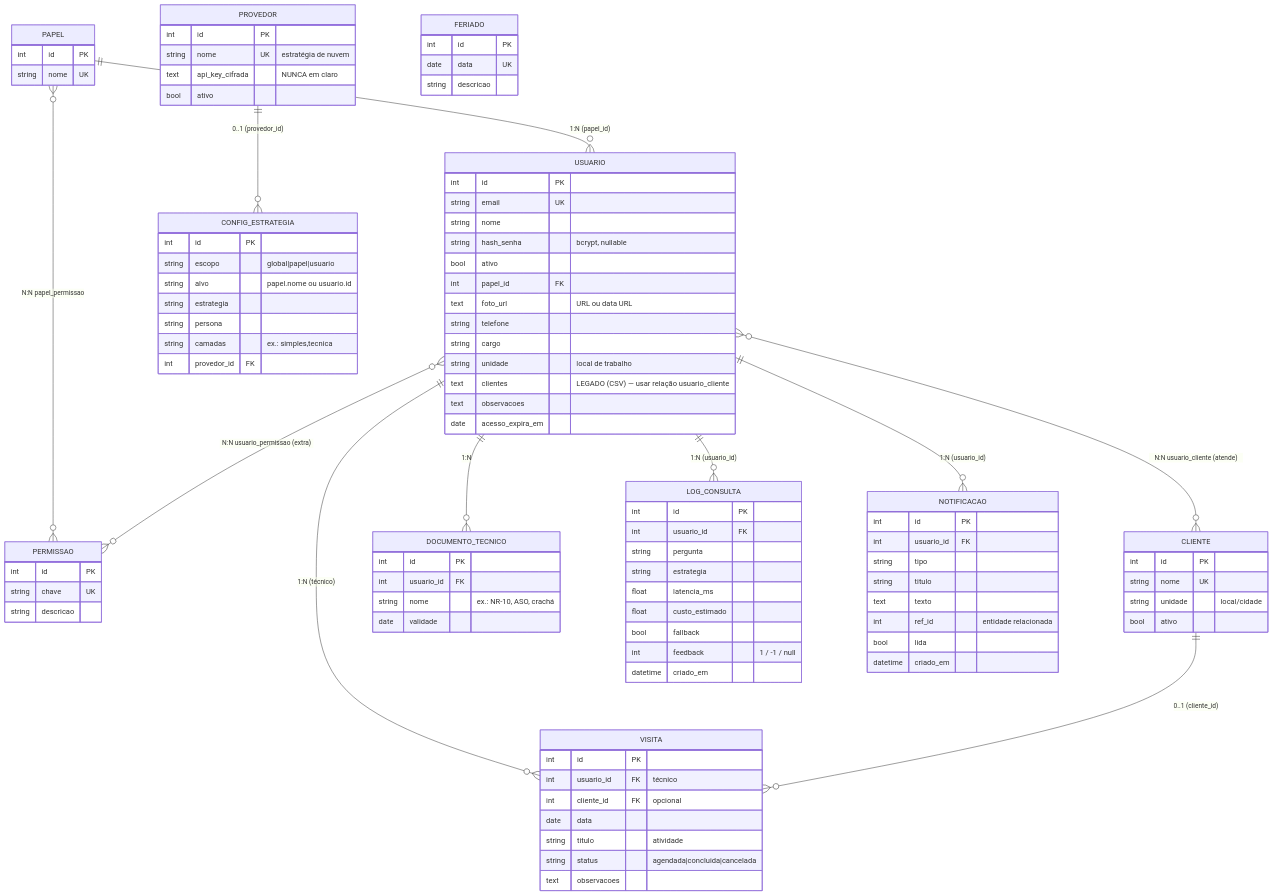
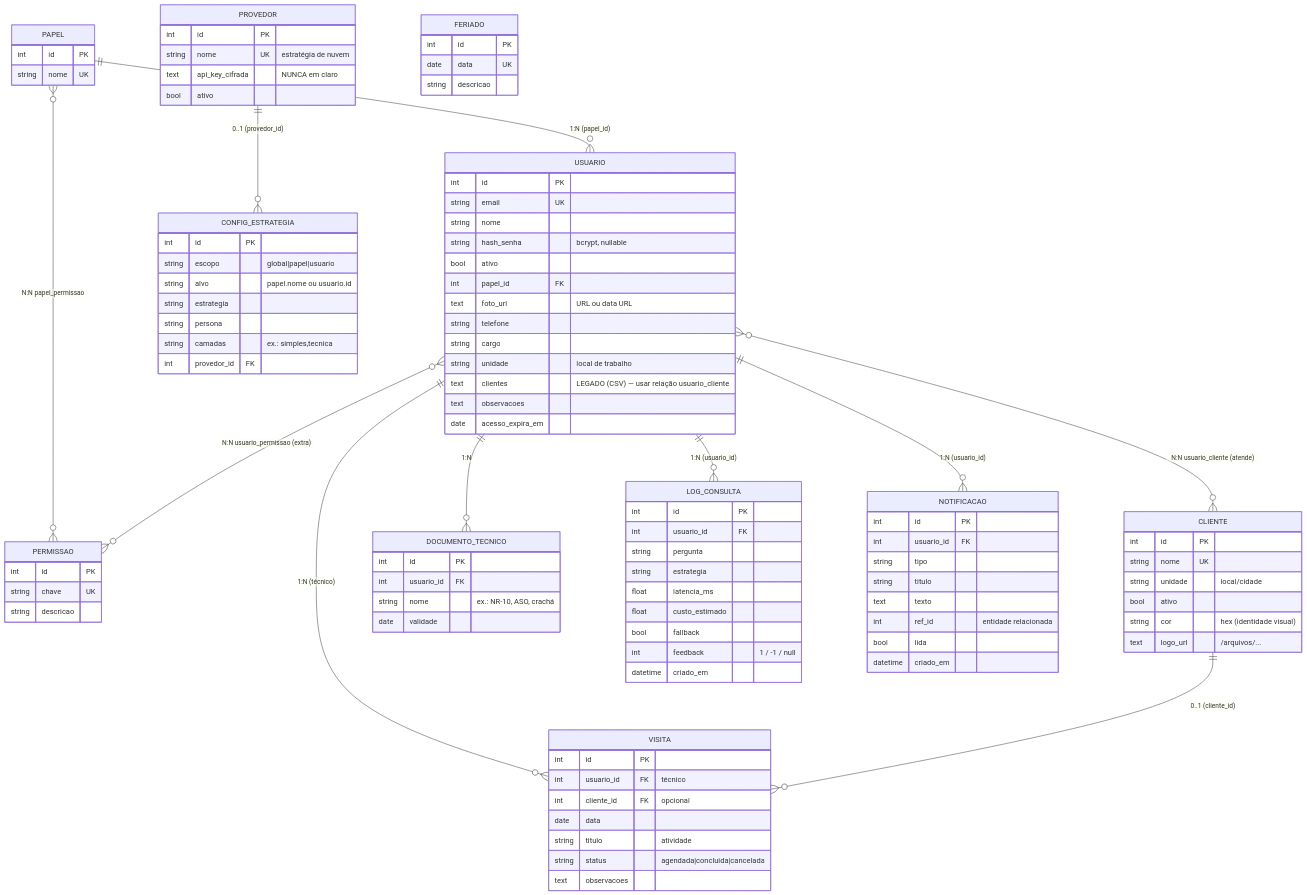
Before and after one commit to caiquemiranda/RAG-Simplex: the diagram in docs/MODELO_DADOS.md, drawn with Mermaid. The commit also changed 8 other files, not shown here.

First line of the commit message:
feat(#CLIV): cor + logo por cliente (fundação visual)

```diff
--- a/docs/MODELO_DADOS.md
+++ b/docs/MODELO_DADOS.md
@@ -49,6 +49,8 @@
     string nome UK
     string unidade "local/cidade"
     bool ativo
+    string cor "hex (identidade visual)"
+    text logo_url "/arquivos/..."
   }
   VISITA {
     int id PK
```
